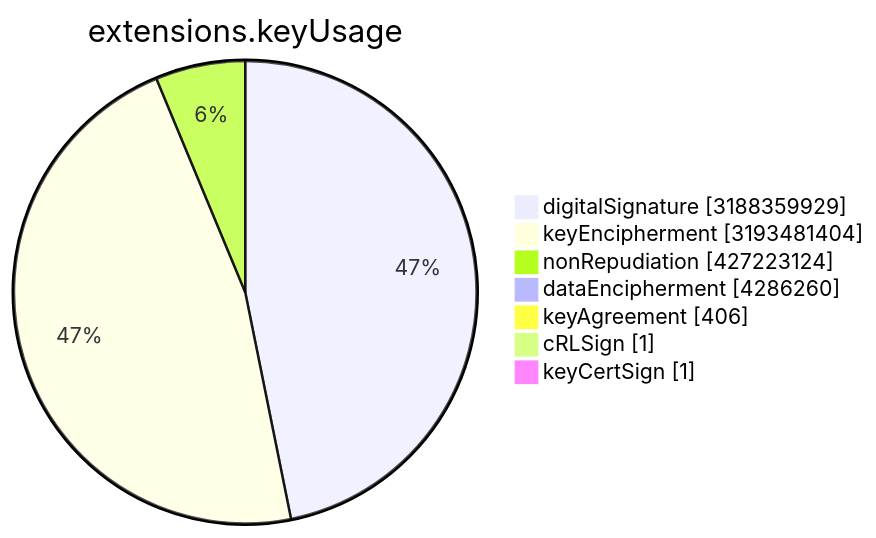
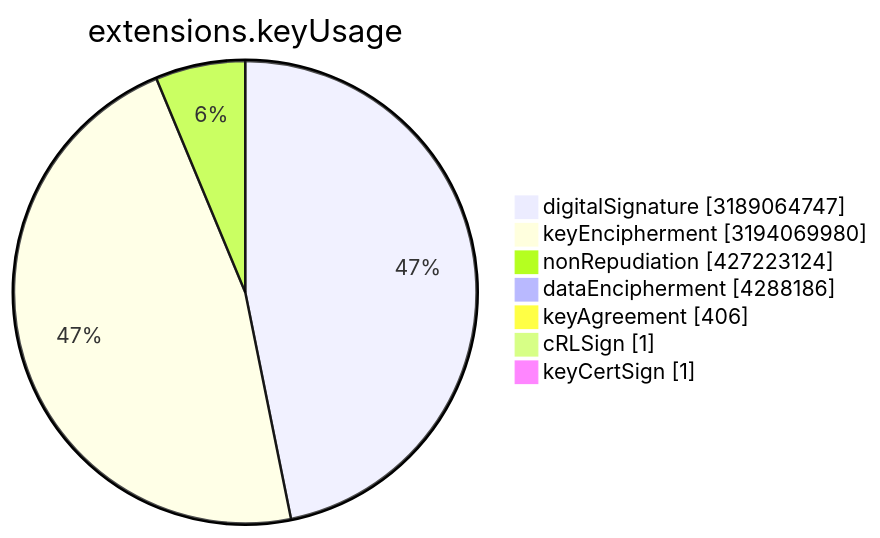
One commit to christiankrug/ctmonitor_visualization changed the sixth of 15 diagrams in TOTAL/README.md. Above: the diagram before and after it, drawn with Mermaid. The commit also changed other lines of this file, not shown here.

````diff
--- a/TOTAL/README.md
+++ b/TOTAL/README.md
@@ -3077,11 +3077,11 @@
 ```mermaid
 pie showData
 title extensions.keyUsage
-"digitalSignature" :3188359929
-"keyEncipherment" :3193481404
+"digitalSignature" :3189064747
+"keyEncipherment" :3194069980
 "nonRepudiation" :427223124
-"dataEncipherment" :4286260
+"dataEncipherment" :4288186
 "keyAgreement" :406
 "cRLSign" :1
 "keyCertSign" :1
 ```
````
